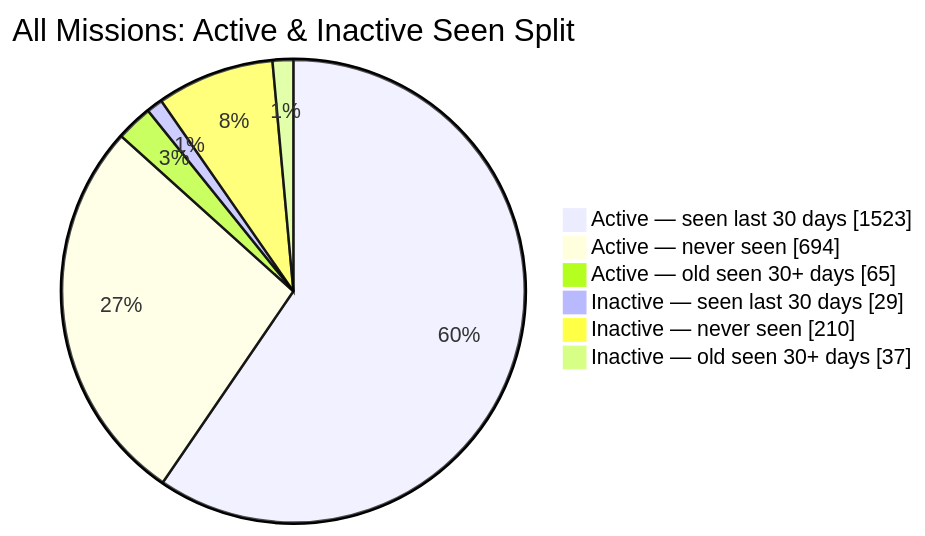
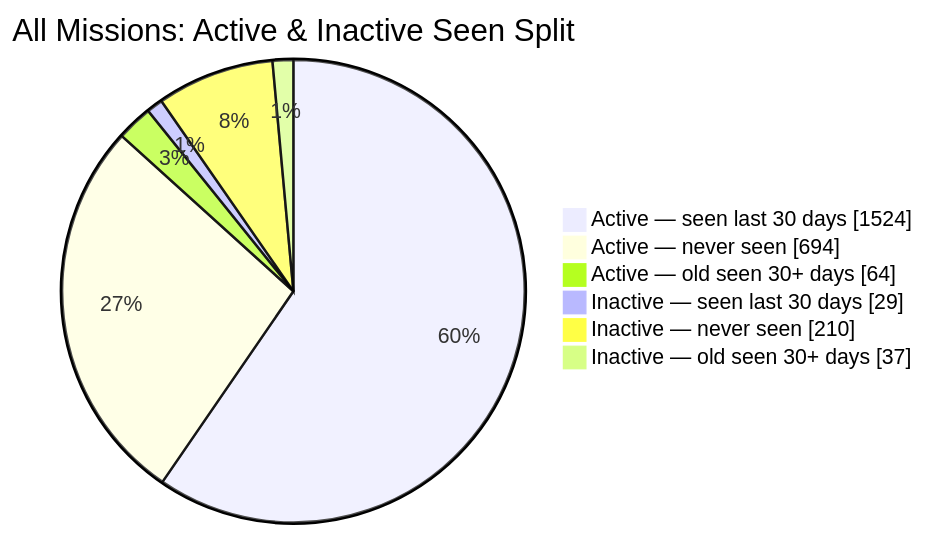
The second of 2 diagrams in README.md (MeldkamerspelGameTeam/active-missions), drawn with Mermaid before and after one commit. The commit also changed other lines of this file and 2 other files, not shown here.

````diff
--- a/README.md
+++ b/README.md
@@ -44,10 +44,10 @@
 ```mermaid
 pie showData
     title All Missions: Active & Inactive Seen Split
-    "Active — seen last 30 days" : 1523
+    "Active — seen last 30 days" : 1524
     "Active — never seen" : 694
-    "Active — old seen 30+ days" : 65
+    "Active — old seen 30+ days" : 64
     "Inactive — seen last 30 days" : 29
     "Inactive — never seen" : 210
     "Inactive — old seen 30+ days" : 37
 ```
````
